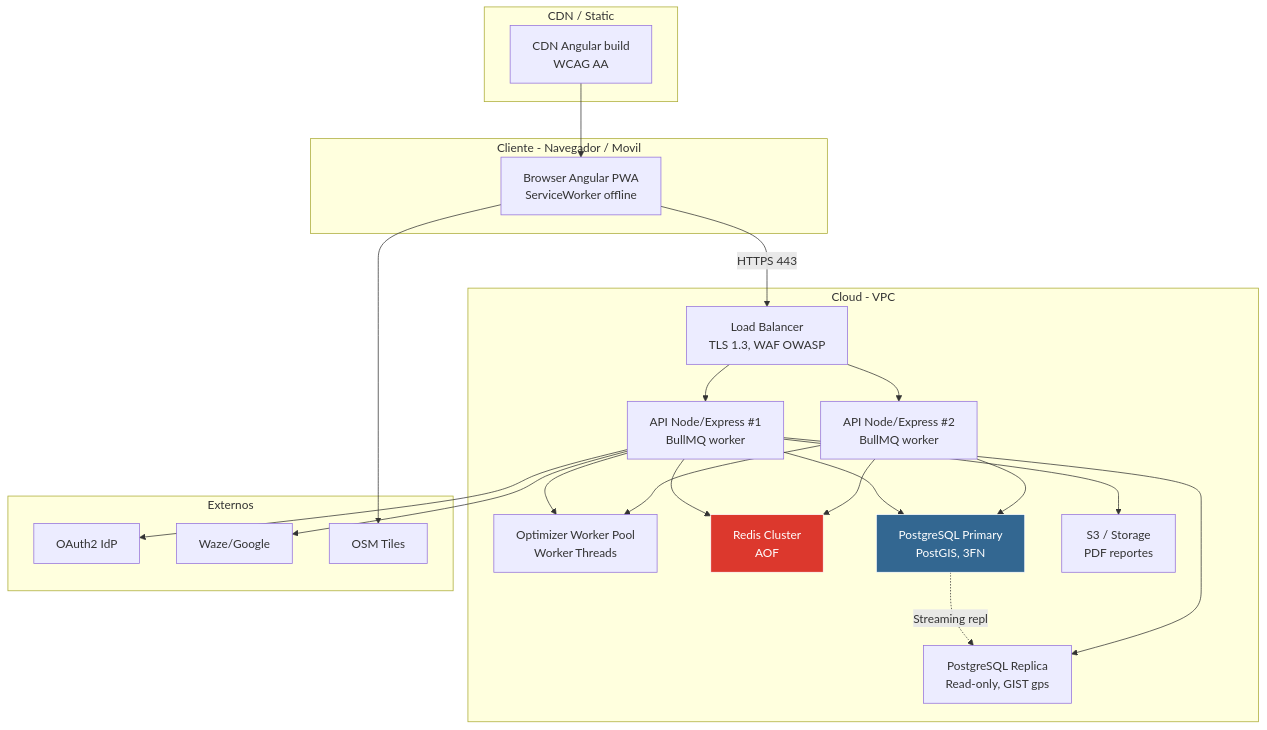
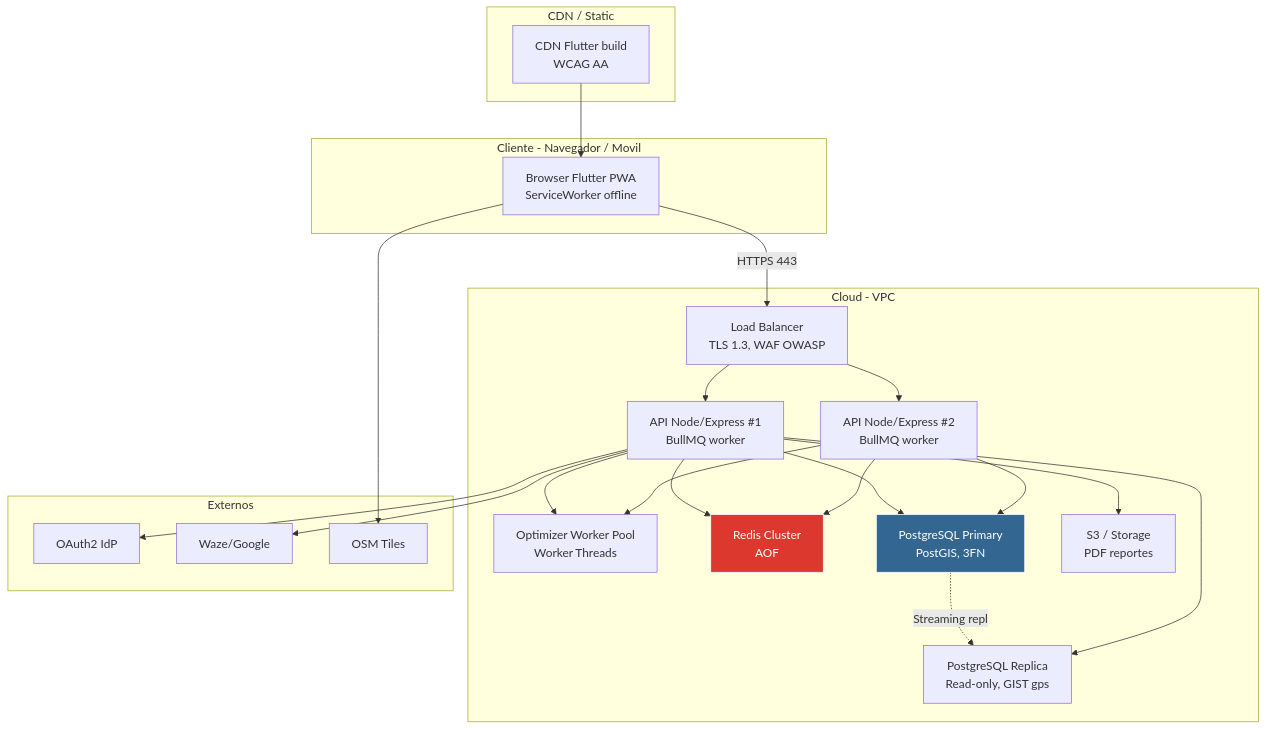
Before and after one commit to UmbraFlare-code/PathSeek: the sixth of 7 diagrams in docs/01 Inicio/12. Modelo C4 V_1_1_0.md, drawn with Mermaid. The commit also changed other lines of this file and 8 other files, not shown here.

First line of the commit message:
docs: cambiar stack frontend de Angular a Flutter (Dart)

````diff
--- a/docs/01 Inicio/12. Modelo C4 V_1_1_0.md
+++ b/docs/01 Inicio/12. Modelo C4 V_1_1_0.md
@@ -229,44 +229,44 @@
 ```mermaid
 graph TD
     subgraph Client["Cliente - Navegador / Movil"]
-        Browser["Browser Angular PWA<br/>ServiceWorker offline"]
+        Browser["Browser Flutter PWA<br/>ServiceWorker offline"]
     end
     subgraph CDN["CDN / Static"]
-        CDNNode["CDN Angular build<br/>WCAG AA"]
+        CDNNode["CDN Flutter build<br/>WCAG AA"]
     end
     subgraph Cloud["Cloud - VPC"]
         LB["Load Balancer<br/>TLS 1.3, WAF OWASP"]
         API1["API Node/Express #1<br/>BullMQ worker"]
         API2["API Node/Express #2<br/>BullMQ worker"]
         OPTW["Optimizer Worker Pool<br/>Worker Threads"]
         RedisCl["Redis Cluster<br/>AOF"]
         PGPrimary["PostgreSQL Primary<br/>PostGIS, 3FN"]
         PGReplica["PostgreSQL Replica<br/>Read-only, GIST gps"]
         Storage["S3 / Storage<br/>PDF reportes"]
     end
     subgraph Ext["Externos"]
         OAuth["OAuth2 IdP"]
         TrafficAPI["Waze/Google"]
         OSMTiles["OSM Tiles"]
     end
 
     Browser -->|"HTTPS 443"| LB
     CDNNode --> Browser
     LB --> API1
     LB --> API2
     API1 --> RedisCl
     API2 --> RedisCl
     API1 --> PGPrimary
     API2 --> PGPrimary
     PGPrimary -.->|"Streaming repl"| PGReplica
     API1 --> PGReplica
     API1 --> OPTW
     API2 --> OPTW
     API1 --> Storage
     API1 --> OAuth
     API1 --> TrafficAPI
     Browser --> OSMTiles
 
     style PGPrimary fill:#336791,stroke:#fff,color:#fff
     style RedisCl fill:#DC382D,stroke:#fff,color:#fff
 ```
````
